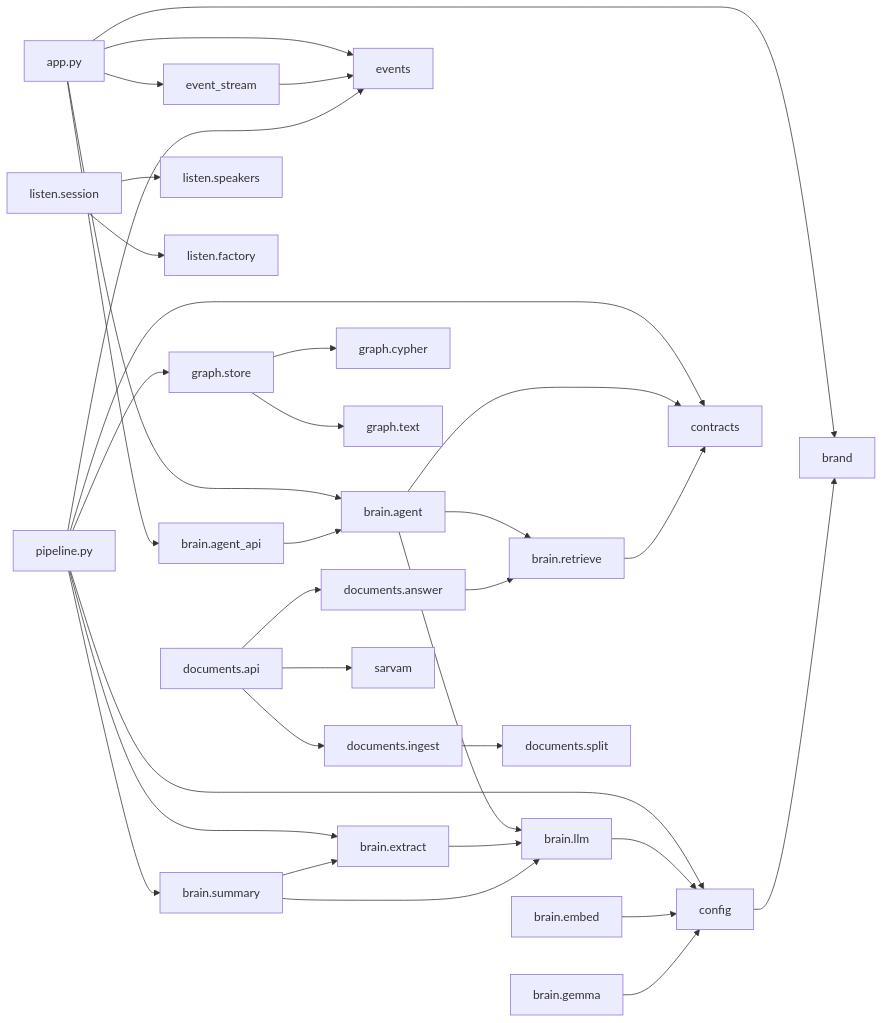
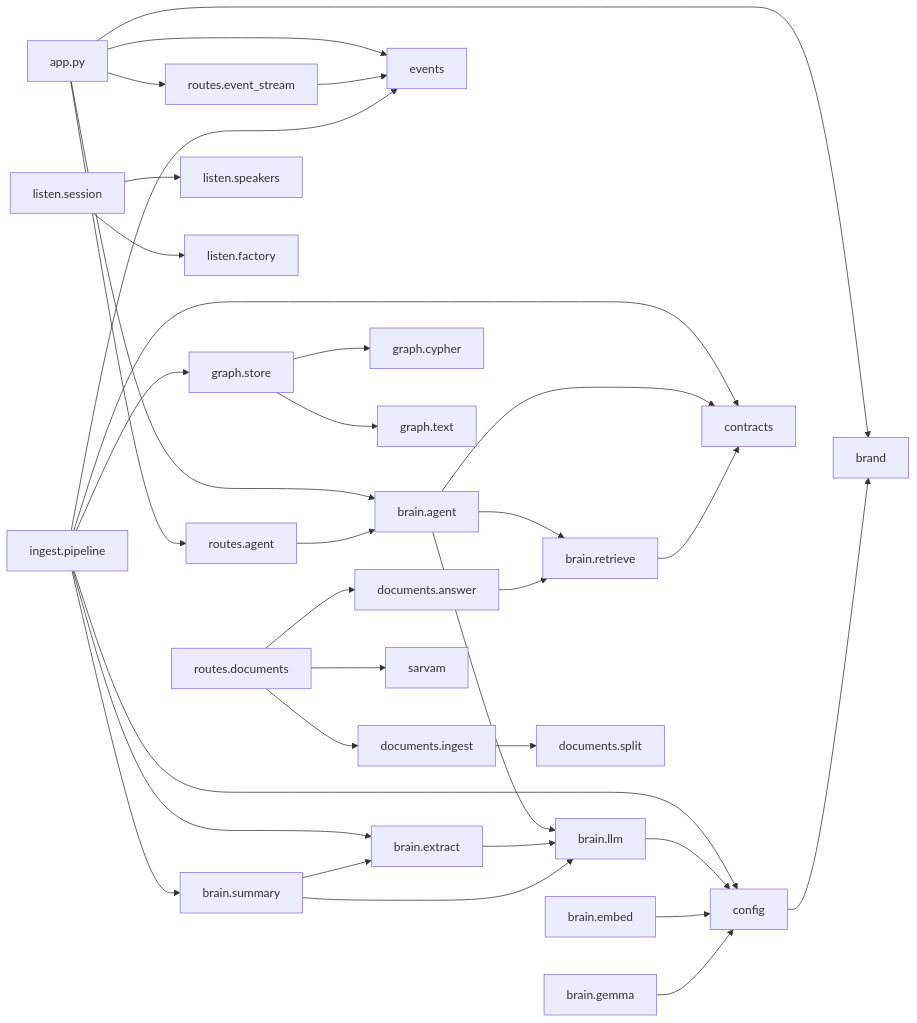
The fourth of 4 diagrams in docs/design/SDS.md (PDGamerSG/On-Record), drawn with Mermaid before and after one commit. The commit also changed other lines of this file and 21 other files, not shown here.

````diff
--- a/docs/design/SDS.md
+++ b/docs/design/SDS.md
@@ -200,36 +200,36 @@
 ```mermaid
 flowchart LR
     app["app.py"] --> agent["brain.agent"]
-    app --> agent_api["brain.agent_api"]
+    app --> agent_api["routes.agent"]
     app --> brand["brand"]
-    app --> event_stream["event_stream"]
+    app --> event_stream["routes.event_stream"]
     app --> events["events"]
     event_stream --> events
     config["config"] --> brand
-    pipeline["pipeline.py"] --> extract["brain.extract"]
+    pipeline["ingest.pipeline"] --> extract["brain.extract"]
     pipeline --> summary["brain.summary"]
     pipeline --> config
     pipeline --> contracts["contracts"]
     pipeline --> events
     pipeline --> store["graph.store"]
     agent_api --> agent
     agent --> llm["brain.llm"]
     agent --> retrieve["brain.retrieve"]
     agent --> contracts
     extract --> llm
     summary --> extract
     summary --> llm
     llm --> config
     embed["brain.embed"] --> config
     gemma["brain.gemma"] --> config
     retrieve --> contracts
     store --> cypher["graph.cypher"]
     store --> text["graph.text"]
     session["listen.session"] --> speakers["listen.speakers"]
     session --> factory["listen.factory"]
-    docs_api["documents.api"] --> ingest["documents.ingest"]
+    docs_api["routes.documents"] --> ingest["documents.ingest"]
     docs_api --> answer["documents.answer"]
     docs_api --> sarvam["sarvam"]
     answer --> retrieve
     ingest --> split["documents.split"]
 ```
````
